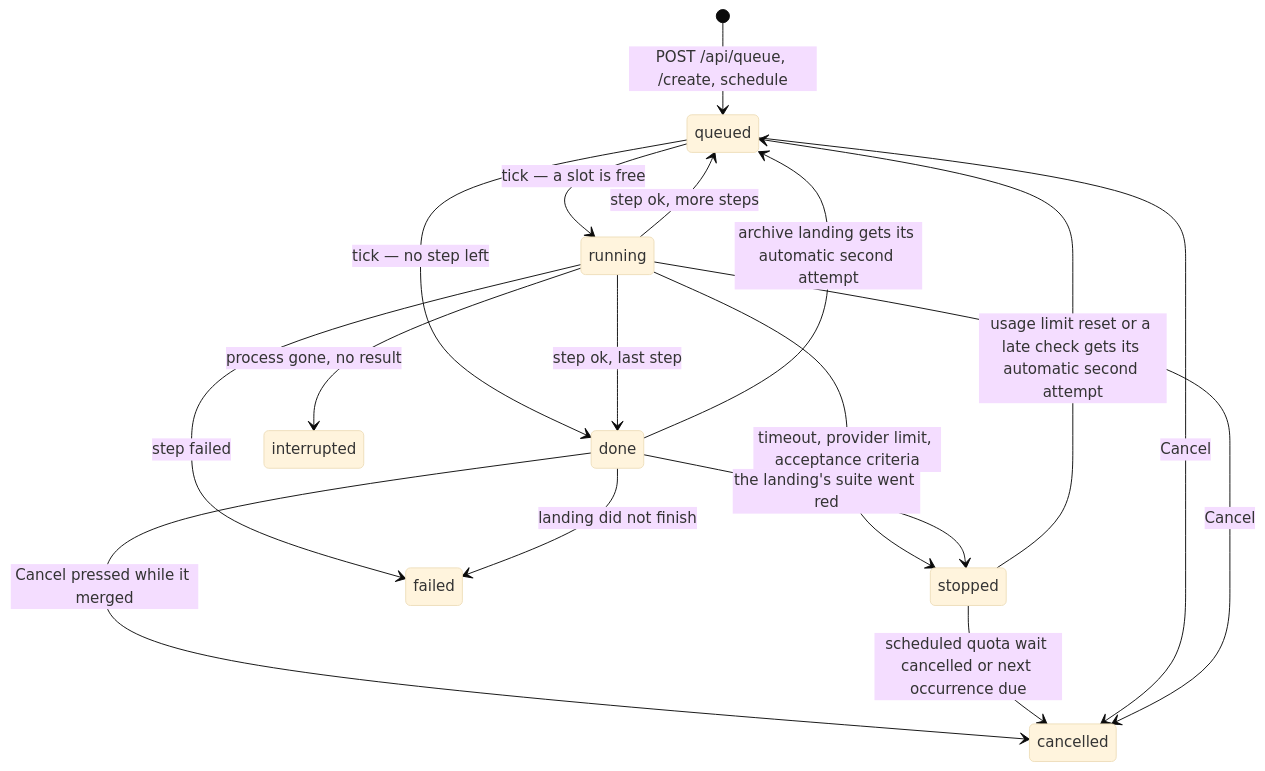
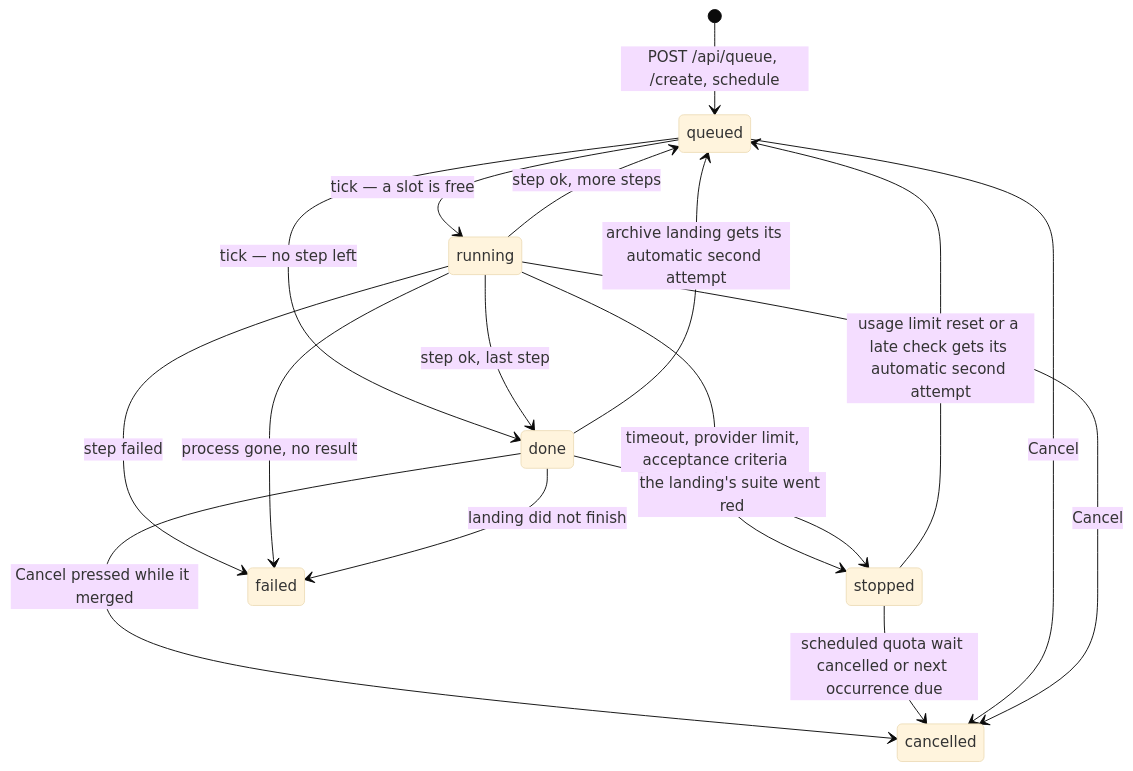
The diagram in dashboard/docs/job-states.md (ragnarwestad/aide), drawn with Mermaid (base theme) before and after one commit. The commit also changed other lines of this file and 60 other files, not shown here.

````diff
--- a/dashboard/docs/job-states.md
+++ b/dashboard/docs/job-states.md
@@ -46,19 +45,19 @@
 ```mermaid
 stateDiagram-v2
     [*] --> queued: POST /api/queue, /create, schedule
     queued --> running: tick — a slot is free
     queued --> done: tick — no step left
     running --> queued: step ok, more steps
     running --> done: step ok, last step
     running --> stopped: timeout, provider limit, acceptance criteria
     running --> failed: step failed
-    running --> interrupted: process gone, no result
+    running --> failed: process gone, no result
     done --> failed: landing did not finish
     done --> stopped: the landing's suite went red
     done --> queued: archive landing gets its automatic second attempt
     done --> cancelled: Cancel pressed while it merged
     stopped --> cancelled: scheduled quota wait cancelled or next occurrence due
     stopped --> queued: usage limit reset or a late check gets its automatic second attempt
     queued --> cancelled: Cancel
     running --> cancelled: Cancel
 ```
````
